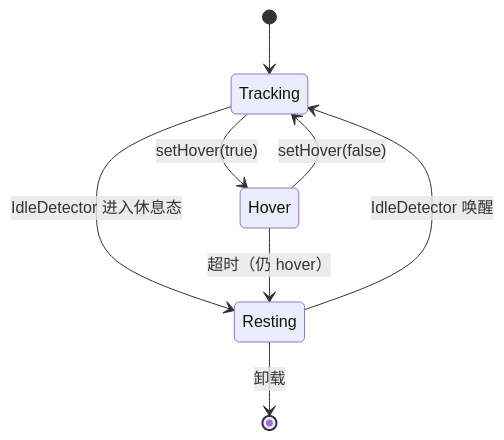
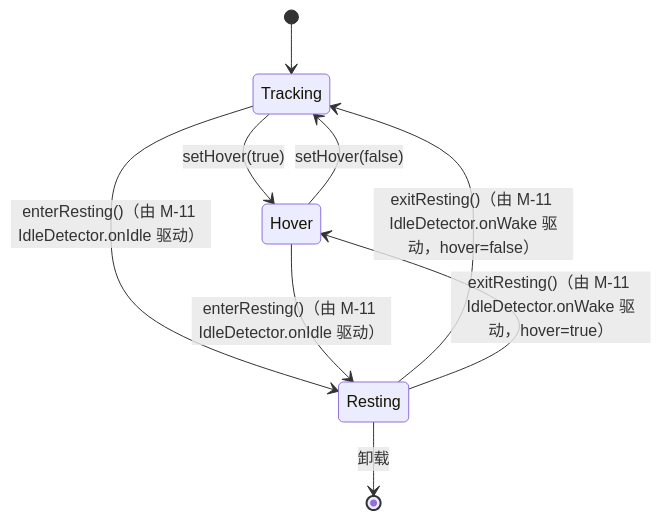
One commit to sher2018/cat_eyeing_mouse changed diagram 22 of 59 in doc/2.detailed_design_specification.md. Above: the diagram before and after it, drawn with Mermaid. The commit also changed other lines of this file and 25 other files, not shown here.

````diff
--- a/doc/2.detailed_design_specification.md
+++ b/doc/2.detailed_design_specification.md
@@ -747,10 +813,11 @@
 ```mermaid
 stateDiagram-v2
     [*] --> Tracking
     Tracking --> Hover: setHover(true)
     Hover --> Tracking: setHover(false)
-    Tracking --> Resting: IdleDetector 进入休息态
-    Resting --> Tracking: IdleDetector 唤醒
-    Hover --> Resting: 超时（仍 hover）
+    Tracking --> Resting: enterResting()（由 M-11 IdleDetector.onIdle 驱动）
+    Hover --> Resting: enterResting()（由 M-11 IdleDetector.onIdle 驱动）
+    Resting --> Tracking: exitResting()（由 M-11 IdleDetector.onWake 驱动，hover=false）
+    Resting --> Hover: exitResting()（由 M-11 IdleDetector.onWake 驱动，hover=true）
     Resting --> [*]: 卸载
 ```
````
